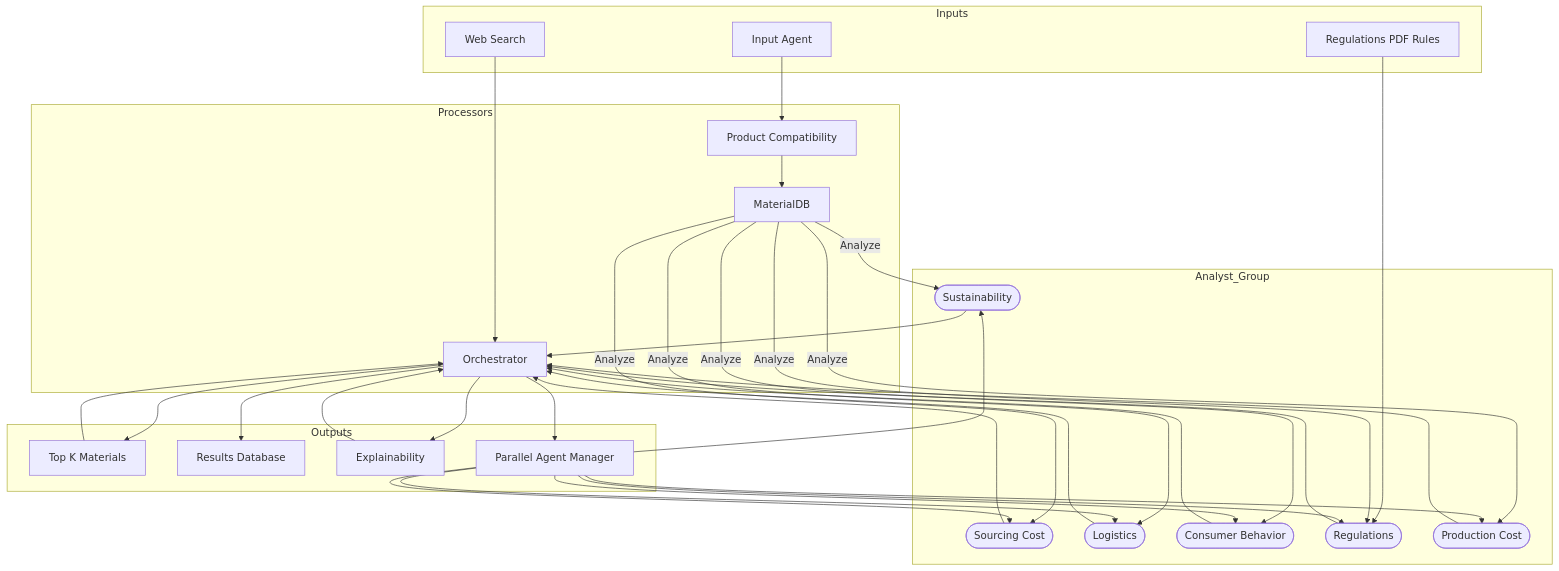
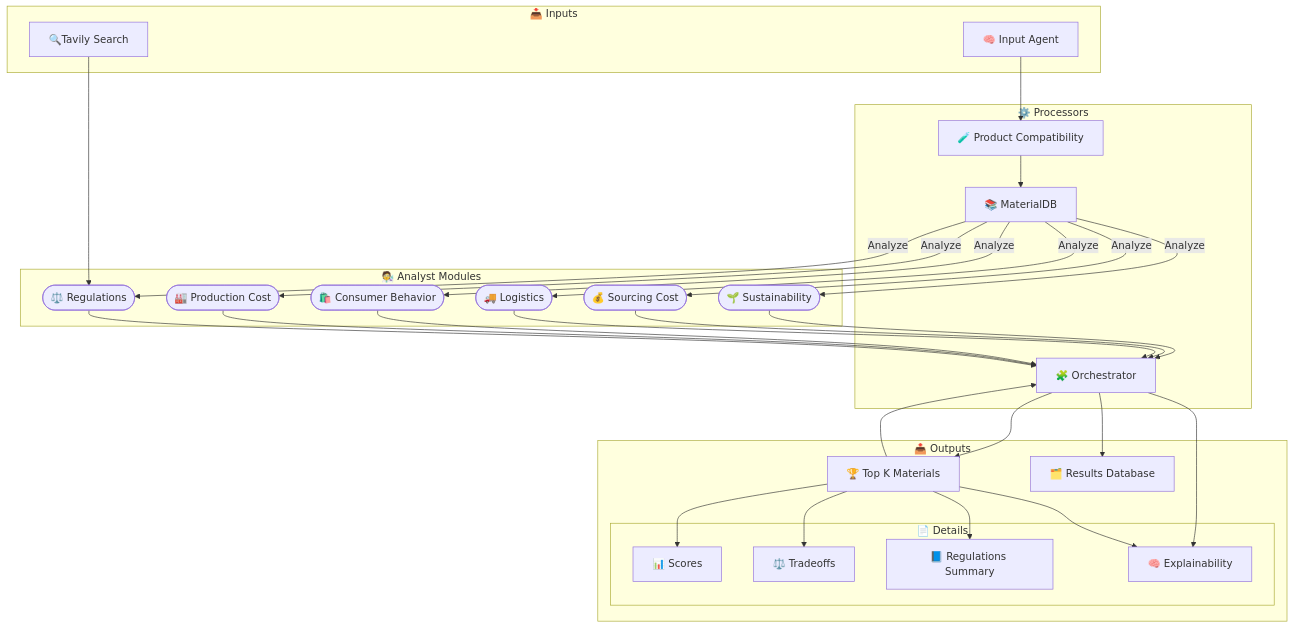
The diagram in README.md (codegeek03/Blue_Yonder_Sustainable_Packaging_Challenge), drawn with Mermaid before and after one commit.

````diff
--- a/README.md
+++ b/README.md
@@ -9,46 +9,58 @@
 ```mermaid
 ---
 config:
   layout: dagre
 ---
 flowchart TD
- subgraph Inputs["Inputs"]
-        Z["Input Agent"]
-        RAG["Regulations PDF Rules"]
-        WS["Web Search"]
+
+  %% Input Sources
+  subgraph Inputs["📥 Inputs"]
+    Z["🧠 Input Agent"]
+    WikiSearch["🔍Tavily Search"]
   end
- subgraph Analyst_Group["Analyst_Group"]
-        C(["Sustainability"])
-        D(["Sourcing Cost"])
-        E(["Logistics"])
-        F(["Consumer Behavior"])
-        R(["Regulations"])
-        P(["Production Cost"])
+
+  %% Analyst Group
+  subgraph Analyst_Group["🧑‍🔬 Analyst Modules"]
+    C(["🌱 Sustainability"])
+    D(["💰 Sourcing Cost"])
+    E(["🚚 Logistics"])
+    F(["🛍️ Consumer Behavior"])
+    R(["⚖️ Regulations"])
+    P(["🏭 Production Cost"])
   end
- subgraph Processors["Processors"]
-        A["Product Compatibility"]
-        B["MaterialDB"]
-        G["Orchestrator"]
+
+  %% Processing Units
+  subgraph Processors["⚙️ Processors"]
+    A["🧪 Product Compatibility"]
+    B["📚 MaterialDB"]
+    G["🧩 Orchestrator"]
   end
- subgraph Outputs["Outputs"]
-        H["Top K Materials"]
-        ResultsDB["Results Database"]
-        EX["Explainability"]
-        PCon["Parallel Agent Manager"]
+
+  %% Output Results
+  subgraph Outputs["📤 Outputs"]
+    H["🏆 Top K Materials"]
+    subgraph Details["📄 Details"]
+      Scores["📊 Scores"]
+      Tradeoffs["⚖️ Tradeoffs"]
+      RegNotes["📘 Regulations Summary"]
+      EX["🧠 Explainability"]
+    end
+    ResultsDB["🗂️ Results Database"]
   end
-    Z --> A
-    A --> B
-    RAG --> R
-    WS --> G
-    B -- Analyze --> C & D & E & F & R & P
-    C --> G
-    D --> G
-    E --> G
-    F --> G
-    P --> G
-    R --> G
-    G --> H & ResultsDB & EX & PCon
-    PCon --> C & D & E & F & R & P
-    H --> G
-    EX --> G
+
+  %% Data Flow
+  Z --> A
+  A --> B
+  WikiSearch --> R
+  B -- Analyze --> C & D & E & F & R & P
+  C --> G
+  D --> G
+  E --> G
+  F --> G
+  P --> G
+  R --> G
+  G --> H & ResultsDB & EX
+  H --> G
+  H --> Scores & Tradeoffs & RegNotes & EX
+
 ```
````
